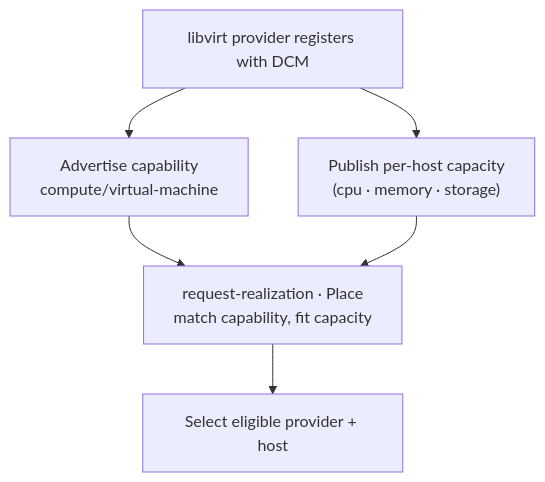
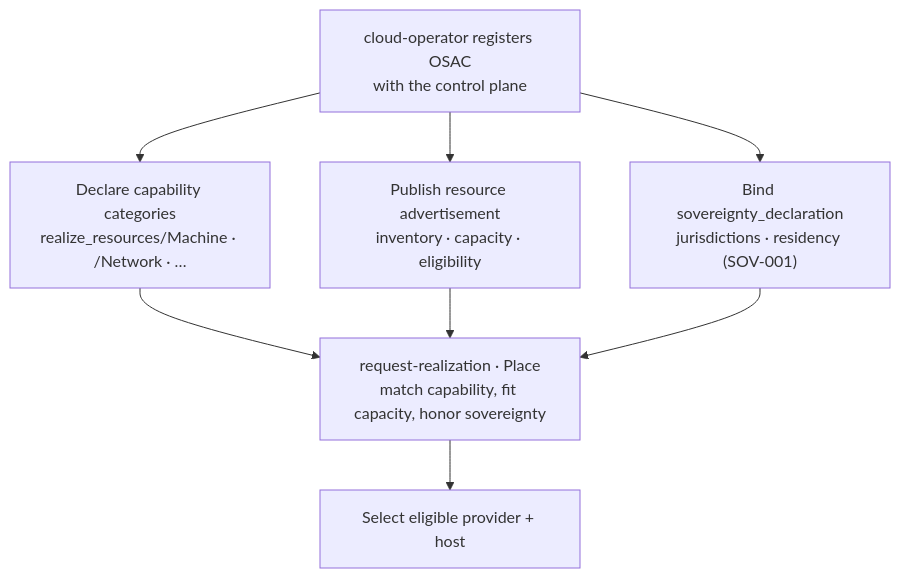
One commit to croadfeldt/udlm changed the diagram in docs/flows/uc-17-provider-registration-capability.md. Above: the diagram before and after it, drawn with Mermaid. The commit also changed other lines of this file and 22 other files, not shown here.

````diff
--- a/docs/flows/uc-17-provider-registration-capability.md
+++ b/docs/flows/uc-17-provider-registration-capability.md
@@ -17,8 +19,10 @@
 ```mermaid
 flowchart TD
-  P["libvirt provider registers with DCM"] --> A["Advertise capability<br/>compute/virtual-machine"]
-  P --> Cap["Publish per-host capacity<br/>(cpu · memory · storage)"]
-  A --> Pl["request-realization · Place<br/>match capability, fit capacity"]
+  P["cloud-operator registers OSAC<br/>with the control plane"] --> A["Declare capability categories<br/>realize_resources/Machine · /Network · …"]
+  P --> Cap["Publish resource advertisement<br/>inventory · capacity · eligibility"]
+  P --> S["Bind sovereignty_declaration<br/>jurisdictions · residency (SOV-001)"]
+  A --> Pl["request-realization · Place<br/>match capability, fit capacity, honor sovereignty"]
   Cap --> Pl
+  S --> Pl
   Pl --> Sel["Select eligible provider + host"]
 ```
````
